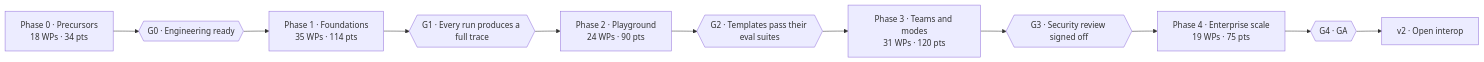
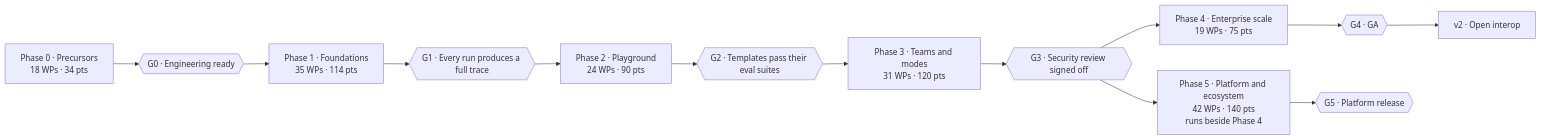
The diagram in program/ROADMAP.md (vikram2409-eng/Lanesra-OS), drawn with Mermaid before and after one commit. The commit also changed other lines of this file and 70 other files, not shown here.

First line of the commit message:
plan: add Phase 5 platform extension, solution design and planned lanes for Codex and Muse

````diff
--- a/program/ROADMAP.md
+++ b/program/ROADMAP.md
@@ -9,9 +9,10 @@
 ```mermaid
 flowchart LR
   P0["Phase 0 · Precursors<br/>18 WPs · 34 pts"] --> G0{{"G0 · Engineering ready"}}
   G0 --> P1["Phase 1 · Foundations<br/>35 WPs · 114 pts"] --> G1{{"G1 · Every run produces a full trace"}}
   G1 --> P2["Phase 2 · Playground<br/>24 WPs · 90 pts"] --> G2{{"G2 · Templates pass their eval suites"}}
   G2 --> P3["Phase 3 · Teams and modes<br/>31 WPs · 120 pts"] --> G3{{"G3 · Security review signed off"}}
   G3 --> P4["Phase 4 · Enterprise scale<br/>19 WPs · 75 pts"] --> G4{{"G4 · GA"}}
+  G3 --> P5["Phase 5 · Platform and ecosystem<br/>42 WPs · 140 pts<br/>runs beside Phase 4"] --> G5{{"G5 · Platform release"}}
   G4 --> V2["v2 · Open interop"]
 ```
````
